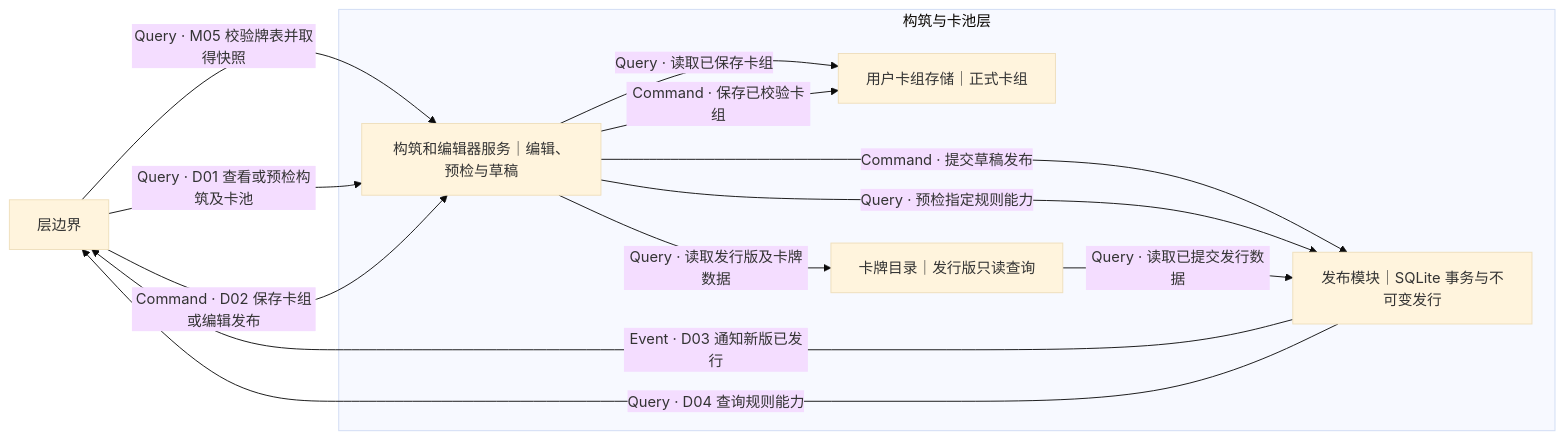
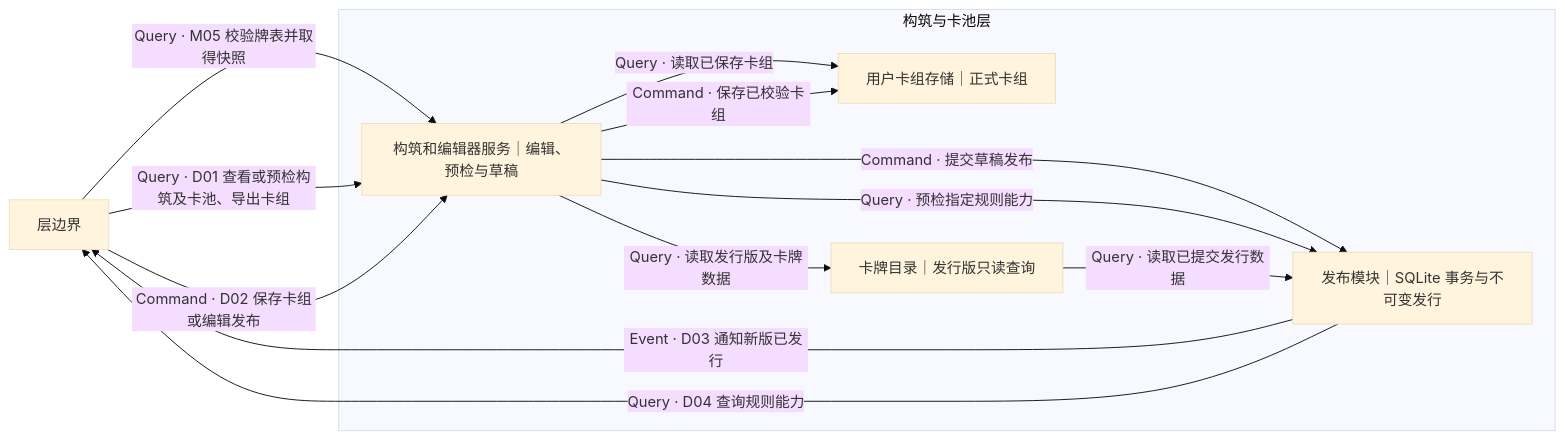
The fifth of 5 diagrams in specs/001-offline-game-refactor/contracts/layer-boundaries.md (jigejiqiangshou/Critical-Provisional), drawn with Mermaid (base theme) before and after one commit. The commit also changed other lines of this file and 9 other files, not shown here.

````diff
--- a/specs/001-offline-game-refactor/contracts/layer-boundaries.md
+++ b/specs/001-offline-game-refactor/contracts/layer-boundaries.md
@@ -123,21 +132,21 @@
 ```mermaid
 flowchart LR
   B["层边界"]
   subgraph D["构筑与卡池层"]
     E["构筑和编辑器服务｜编辑、预检与草稿"]
     U["用户卡组存储｜正式卡组"]
     C["卡牌目录｜发行版只读查询"]
     R["发布模块｜SQLite 事务与不可变发行"]
     E -->|"Query · 读取发行版及卡牌数据"| C
     E -->|"Query · 读取已保存卡组"| U
     E -->|"Command · 保存已校验卡组"| U
     E -->|"Command · 提交草稿发布"| R
     E -->|"Query · 预检指定规则能力"| R
     C -->|"Query · 读取已提交发行数据"| R
   end
   B -->|"Query · M05 校验牌表并取得快照"| E
-  B -->|"Query · D01 查看或预检构筑及卡池"| E
+  B -->|"Query · D01 查看或预检构筑及卡池、导出卡组"| E
   B -->|"Command · D02 保存卡组或编辑发布"| E
   R -->|"Event · D03 通知新版已发行"| B
   R -->|"Query · D04 查询规则能力"| B
 ```
````
